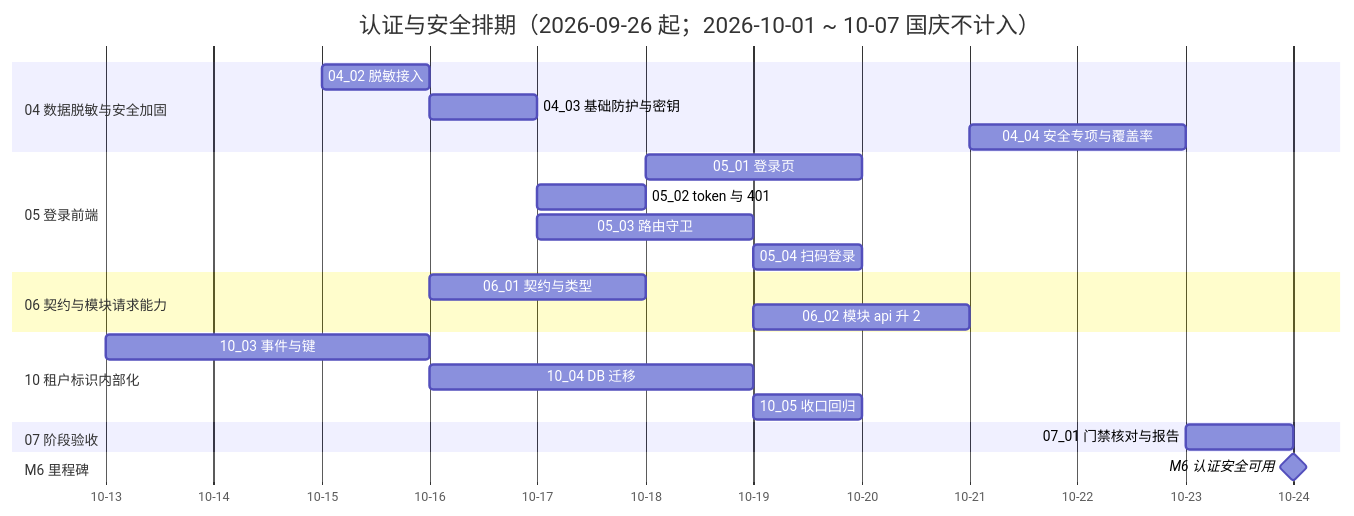
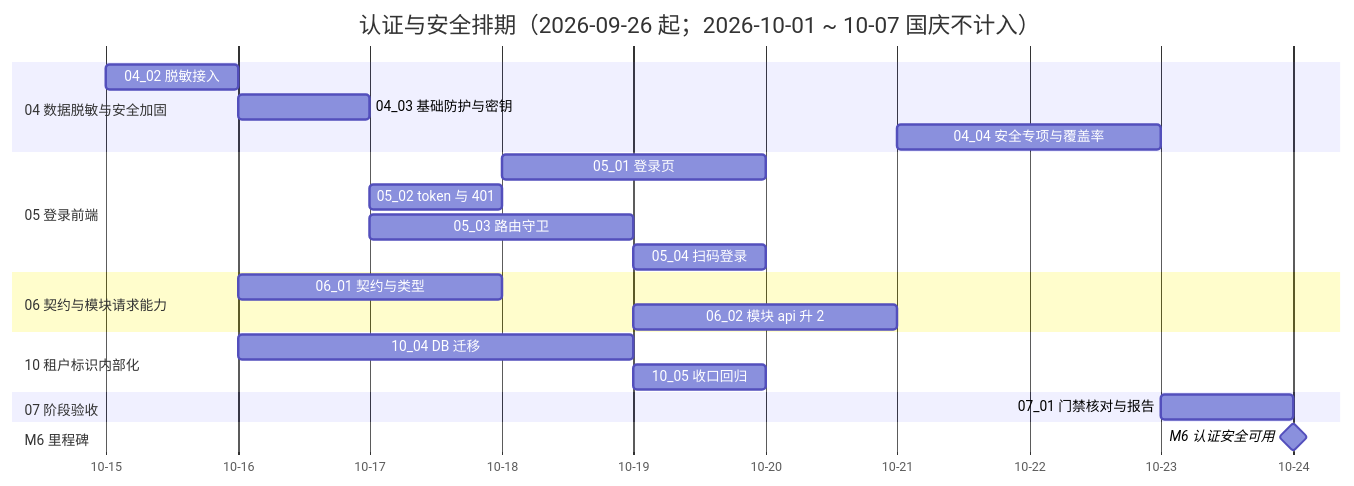
Before and after one commit to minjian123/basic-management-system: the diagram in bms文档/项目/06_认证与安全/计划/01_计划_认证与安全.md, drawn with Mermaid. The commit also changed other lines of this file and 8 other files, not shown here.

````diff
--- a/bms文档/项目/06_认证与安全/计划/01_计划_认证与安全.md
+++ b/bms文档/项目/06_认证与安全/计划/01_计划_认证与安全.md
@@ -72,27 +72,26 @@
 ```mermaid
 gantt
     title 认证与安全排期（2026-09-26 起；2026-10-01 ~ 10-07 国庆不计入）
     dateFormat  YYYY-MM-DD
     axisFormat %m-%d
     section 04 数据脱敏与安全加固
     04_02 脱敏接入 :d2, 2026-10-15, 1d
     04_03 基础防护与密钥 :d3, 2026-10-16, 1d
     04_04 安全专项与覆盖率 :d4, 2026-10-21, 2d
     section 05 登录前端
     05_01 登录页 :e1, 2026-10-18, 2d
     05_02 token 与 401 :e2, 2026-10-17, 1d
     05_03 路由守卫 :e3, 2026-10-17, 2d
     05_04 扫码登录 :e4, 2026-10-19, 1d
     section 06 契约与模块请求能力
     06_01 契约与类型 :f1, 2026-10-16, 2d
     06_02 模块 api 升 2 :f2, 2026-10-19, 2d
     section 10 租户标识内部化
-    10_03 事件与键 :j3, 2026-10-13, 3d
     10_04 DB 迁移 :j4, 2026-10-16, 3d
     10_05 收口回归 :j5, 2026-10-19, 1d
 
     section 07 阶段验收
     07_01 门禁核对与报告 :g1, 2026-10-23, 1d
     section M6 里程碑
     M6 认证安全可用 :milestone, mm6, 2026-10-24, 0d
 ```
````
